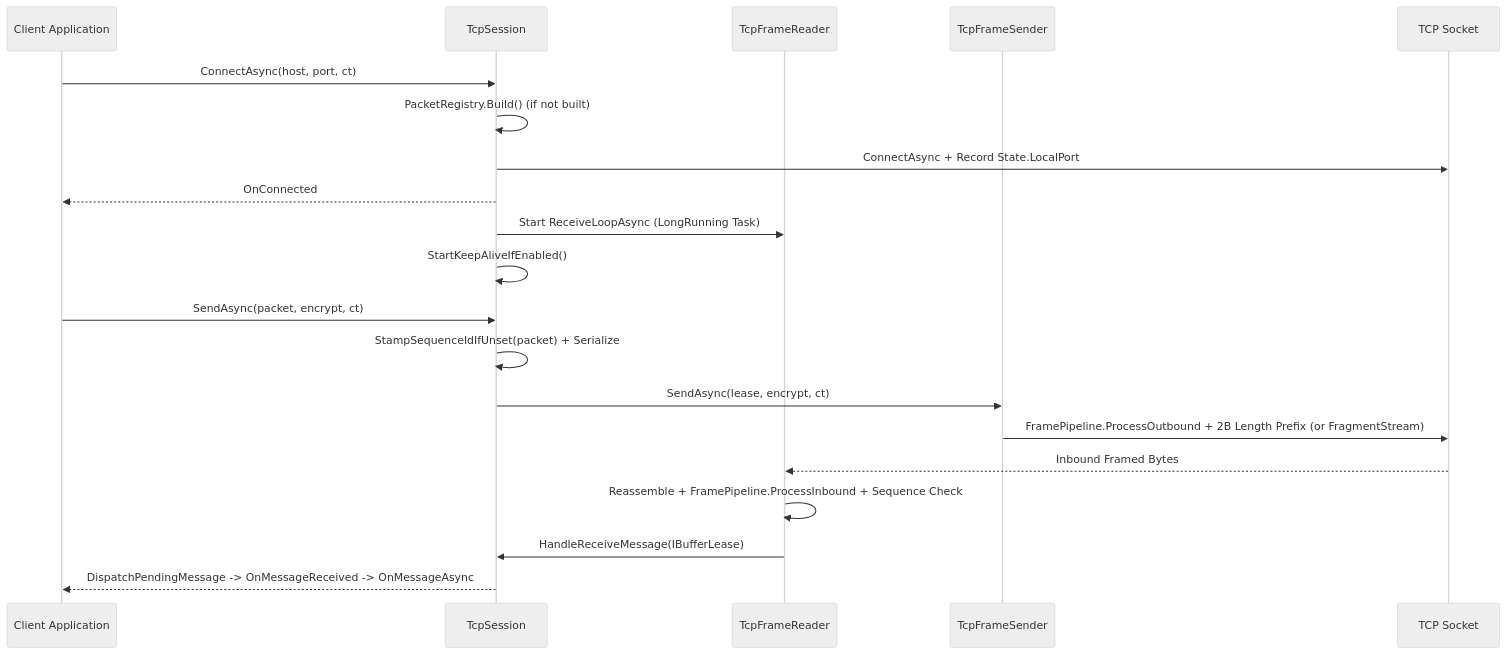
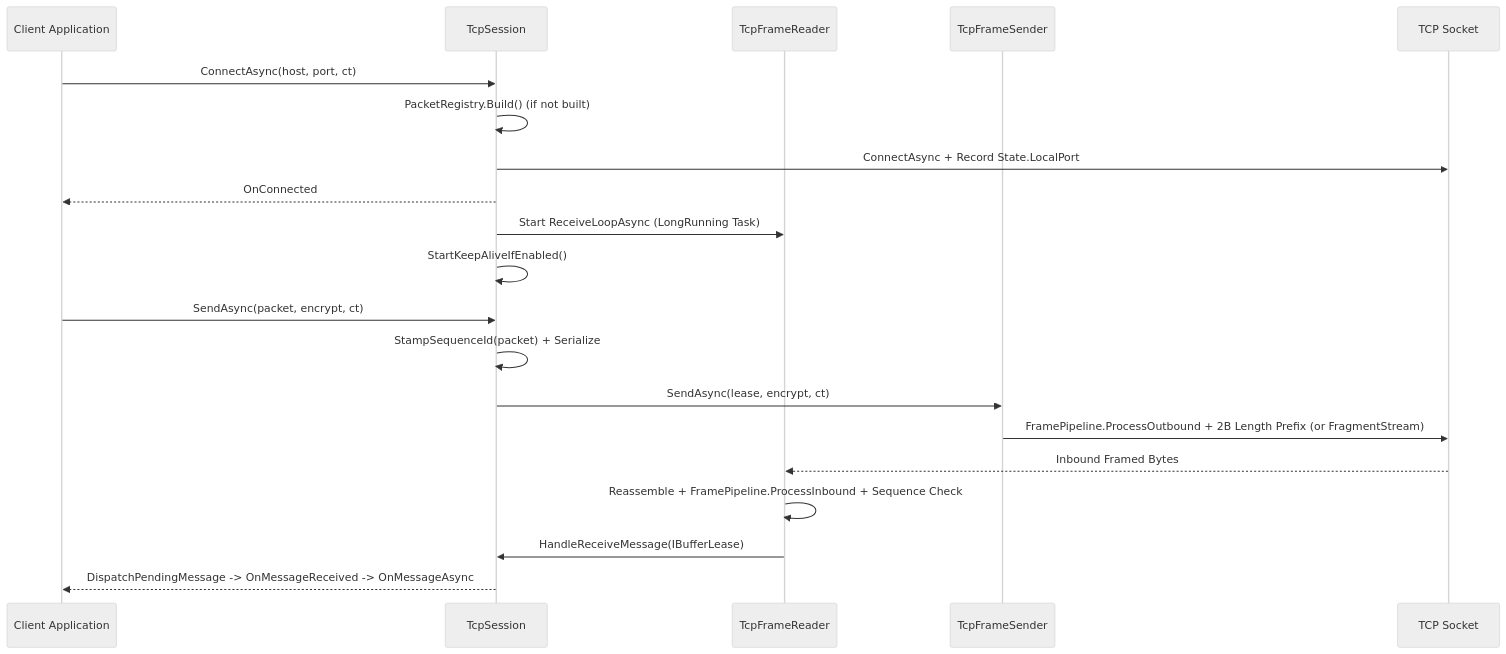
One commit to ppn-systems/nalix-docs changed the diagram in src/content/docs/en-us/api/sdk/tcp-session.md. Above: the diagram before and after it, drawn with Mermaid (neutral theme). The commit also changed 142 other files, not shown here.

````diff
--- a/src/content/docs/en-us/api/sdk/tcp-session.md
+++ b/src/content/docs/en-us/api/sdk/tcp-session.md
@@ -22,23 +22,23 @@
 ```mermaid
 sequenceDiagram
     participant App as Client Application
     participant S as TcpSession
     participant R as TcpFrameReader
     participant W as TcpFrameSender
     participant Sock as TCP Socket
 
     App->>S: ConnectAsync(host, port, ct)
     S->>S: PacketRegistry.Build() (if not built)
     S->>Sock: ConnectAsync + Record State.LocalPort
     S-->>App: OnConnected
     S->>R: Start ReceiveLoopAsync (LongRunning Task)
     S->>S: StartKeepAliveIfEnabled()
     App->>S: SendAsync(packet, encrypt, ct)
-    S->>S: StampSequenceIdIfUnset(packet) + Serialize
+    S->>S: StampSequenceId(packet) + Serialize
     S->>W: SendAsync(lease, encrypt, ct)
     W->>Sock: FramePipeline.ProcessOutbound + 2B Length Prefix (or FragmentStream)
     Sock-->>R: Inbound Framed Bytes
     R->>R: Reassemble + FramePipeline.ProcessInbound + Sequence Check
     R->>S: HandleReceiveMessage(IBufferLease)
     S-->>App: DispatchPendingMessage -> OnMessageReceived -> OnMessageAsync
 ```
````
